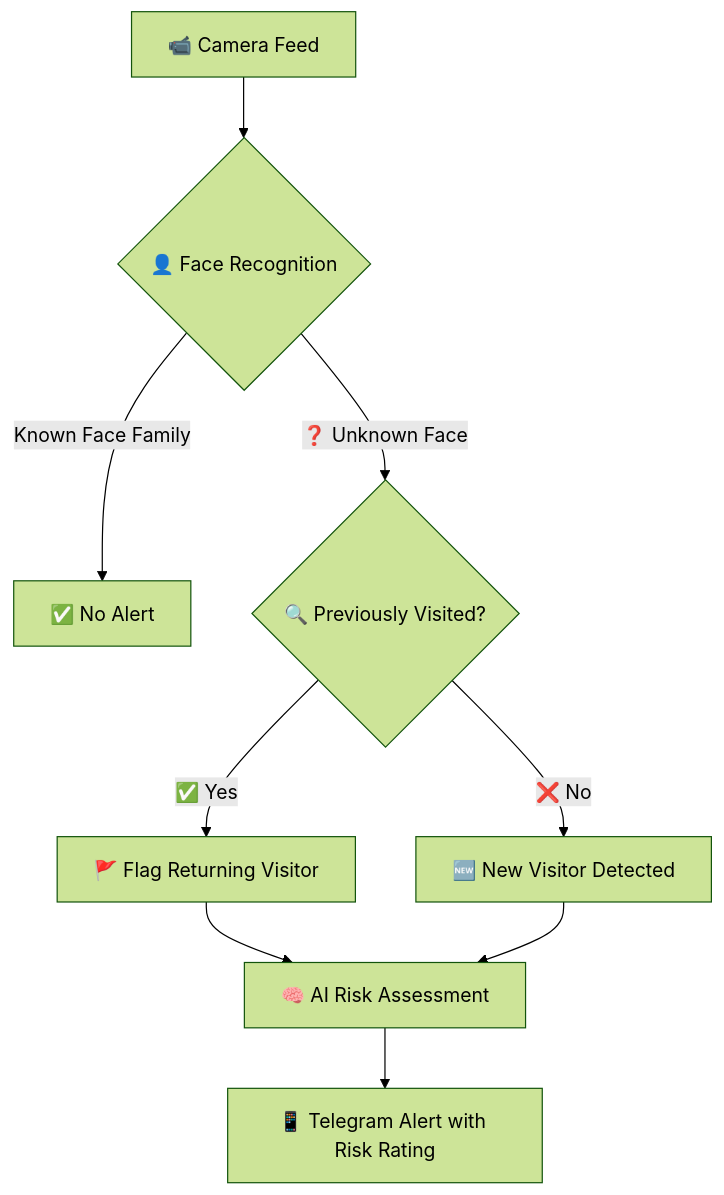
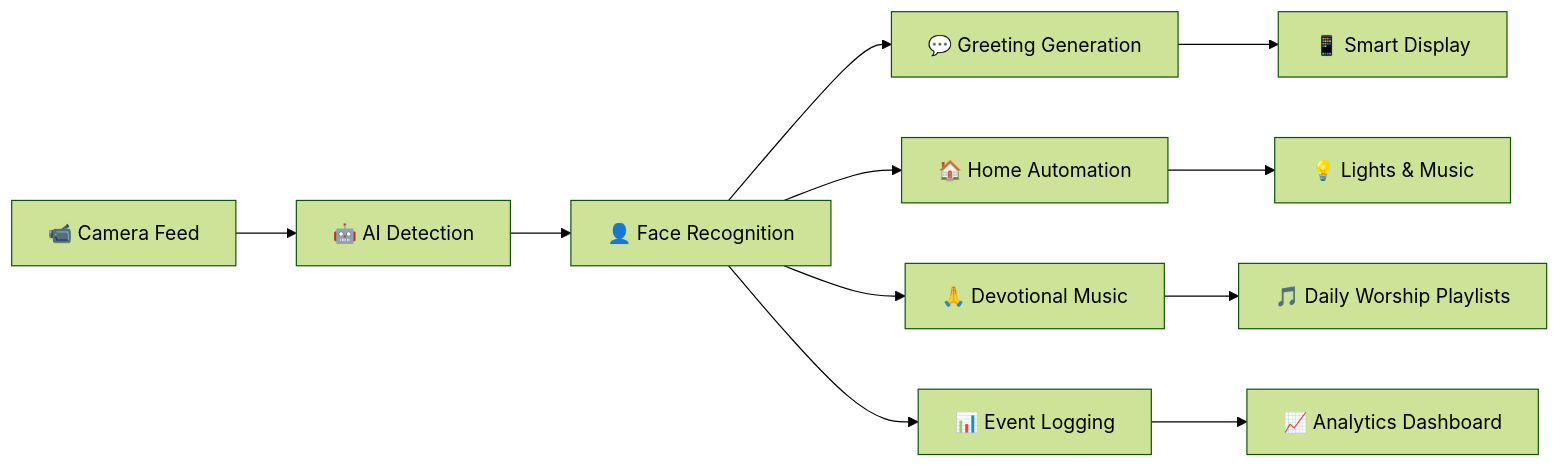
Before and after one commit to urssiva1/urssiva1: the second of 4 diagrams in README.md, drawn with Mermaid (forest theme). The commit also changed other lines of this file, not shown here.

````diff
--- a/README.md
+++ b/README.md
@@ -85,11 +145,13 @@
 ```mermaid
-graph TD
-    A[📹 Camera Feed] --> B{👤 Face Recognition}
-    B -->|Known Face Family| C[✅ No Alert]
-    B -->|❓ Unknown Face| D{🔍 Previously Visited?}
-    D -->|✅ Yes| E[🚩 Flag Returning Visitor]
-    D -->|❌ No| F[🆕 New Visitor Detected]
-    E --> G[🧠 AI Risk Assessment]
-    F --> G
-    G --> H[📱 Telegram Alert with Risk Rating]
+graph LR
+    A[📹 Camera Feed] --> B[🤖 AI Detection]
+    B --> C[👤 Face Recognition]
+    C --> D[💬 Greeting Generation]
+    C --> E[🏠 Home Automation]
+    C --> F[🙏 Devotional Music]
+    D --> G[📱 Smart Display]
+    E --> H[💡 Lights & Music]
+    F --> I[🎵 Daily Worship Playlists]
+    C --> J[📊 Event Logging]
+    J --> K[📈 Analytics Dashboard]
 ```
````
